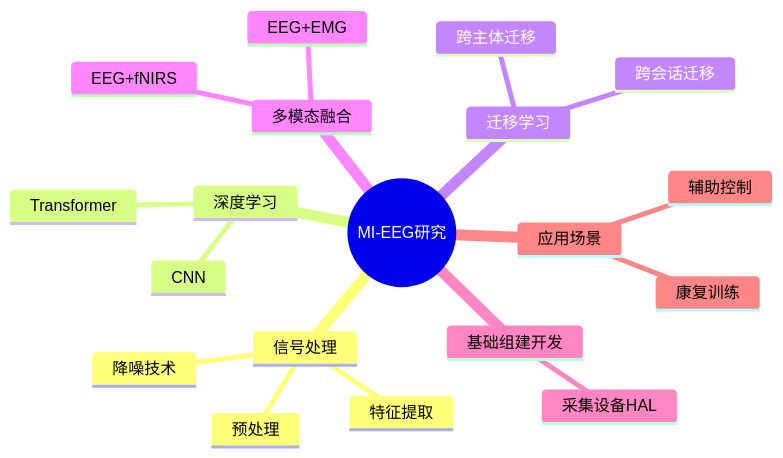
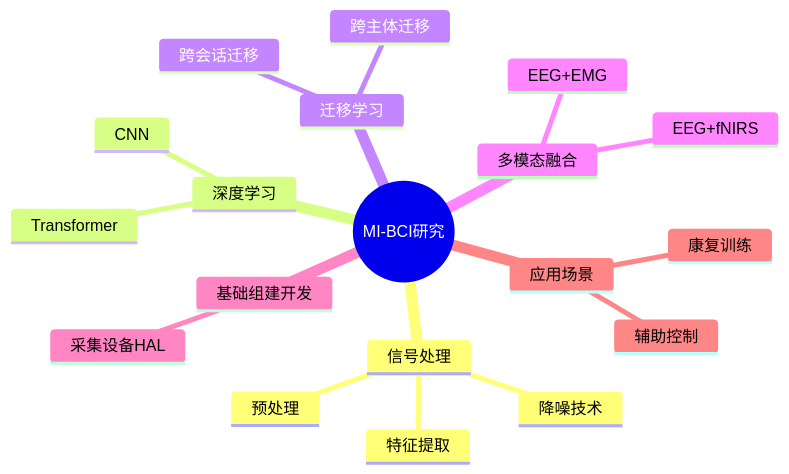
One commit to Ktn1ga/Ktn1ga changed the diagram in README.md. Above: the diagram before and after it, drawn with Mermaid. The commit also changed other lines of this file, not shown here.

````diff
--- a/README.md
+++ b/README.md
@@ -88,22 +87,22 @@
 ```mermaid
 mindmap
-  root((MI-EEG研究))
+  root((MI-BCI研究))
     信号处理
       预处理
       特征提取
       降噪技术
     深度学习
       CNN
       Transformer
     迁移学习
       跨主体迁移
       跨会话迁移
     多模态融合
       EEG+EMG
       EEG+fNIRS
     基础组建开发
         采集设备HAL
     应用场景
       康复训练
       辅助控制
 ```
````
